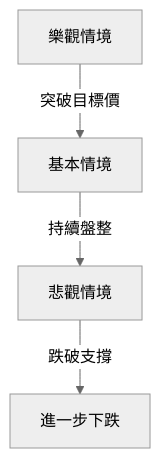
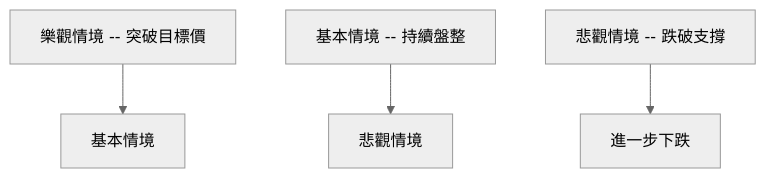
The tenth of 10 diagrams in ai_gen_report/stock/ktos/technical_analysis_2026-04-08_openai.md (yennanliu/finance_data), drawn with Mermaid (neutral theme) before and after one commit. The commit also changed other lines of this file and 2258 other files, not shown here.

First line of the commit message:
chore: backfill Mermaid syntax repair across existing reports

````diff
--- a/ai_gen_report/stock/ktos/technical_analysis_2026-04-08_openai.md
+++ b/ai_gen_report/stock/ktos/technical_analysis_2026-04-08_openai.md
@@ -382,6 +382,6 @@
 ```mermaid
 graph TD
-    樂觀情境 -- 突破目標價 --> 基本情境
-    基本情境 -- 持續盤整 --> 悲觀情境
-    悲觀情境 -- 跌破支撐 --> 進一步下跌
+    nb1["樂觀情境 -- 突破目標價"] --> 基本情境
+    nb2["基本情境 -- 持續盤整"] --> 悲觀情境
+    nb3["悲觀情境 -- 跌破支撐"] --> 進一步下跌
 ```
````
